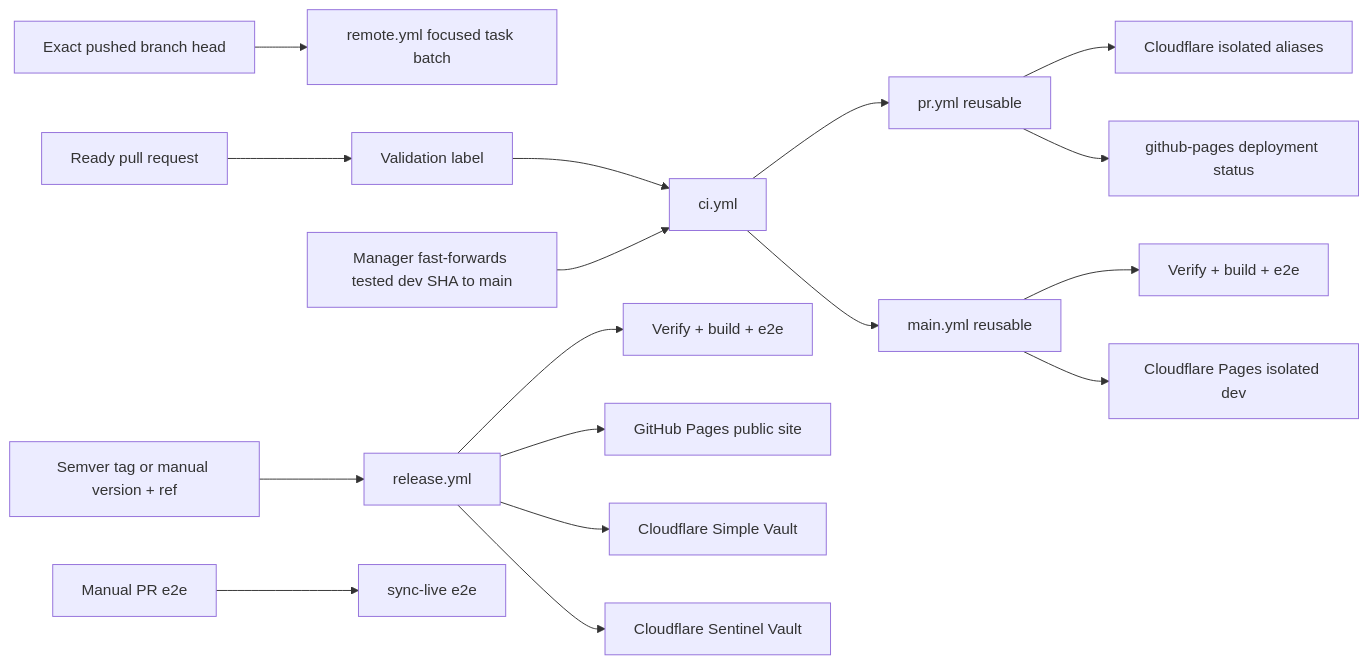
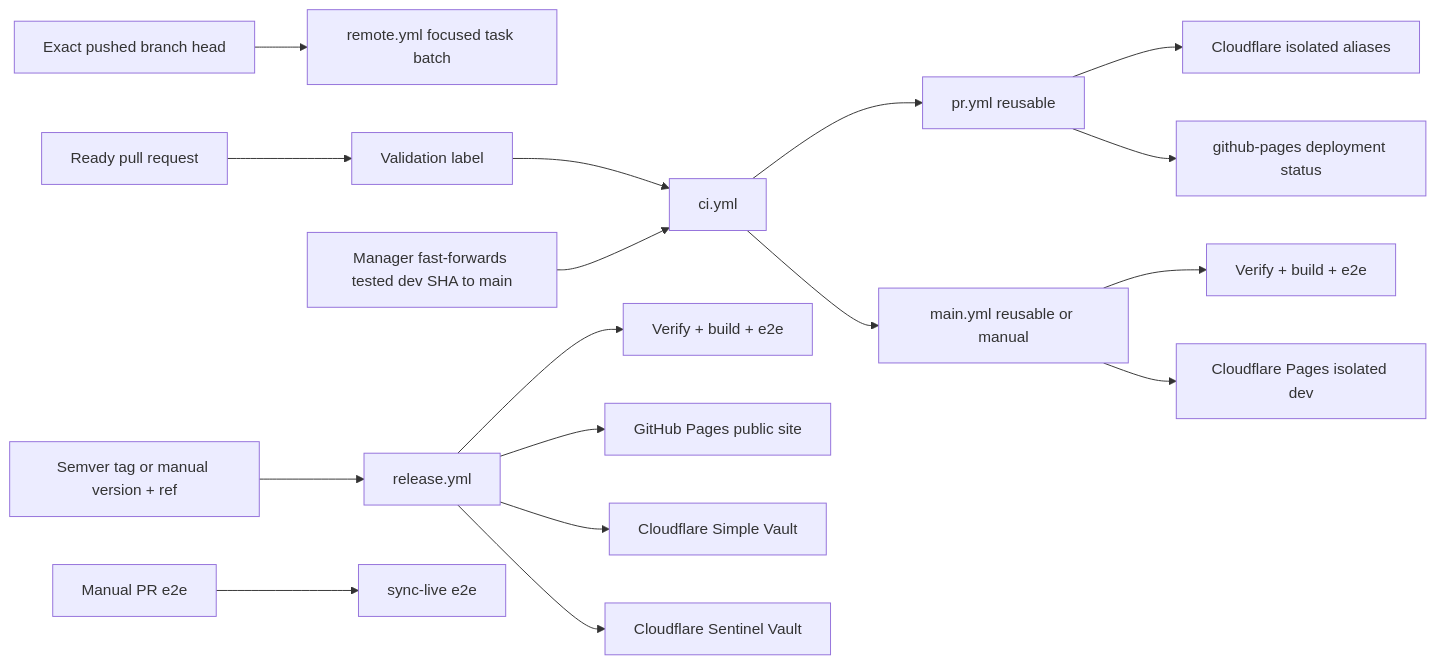
The diagram in .cortex/teams/sre/workflows/ci-pipeline.md (meta-secret/nook), drawn with Mermaid before and after one commit. The commit also changed other lines of this file and 1 other file, not shown here.

Commit message:
Allow manual Main deployment runs (#1598)

````diff
--- a/.cortex/teams/sre/workflows/ci-pipeline.md
+++ b/.cortex/teams/sre/workflows/ci-pipeline.md
@@ -141,22 +146,22 @@
 ```mermaid
 flowchart LR
   branch[Exact pushed branch head] --> remote_yml[remote.yml focused task batch]
   PR[Ready pull request] --> label[Validation label]
   label --> ci_yml[ci.yml]
   ci_yml --> pr_yml[pr.yml reusable]
   pr_yml --> preview[Cloudflare isolated aliases]
   pr_yml --> pr_deployment[github-pages deployment status]
 
   merge[Manager fast-forwards tested dev SHA to main] --> ci_yml
-  ci_yml --> main_yml[main.yml reusable]
+  ci_yml --> main_yml[main.yml reusable or manual]
   main_yml --> main_verify[Verify + build + e2e]
   main_yml --> cf_dev[Cloudflare Pages isolated dev]
   release[Semver tag or manual version + ref] --> release_yml[release.yml]
   release_yml --> release_verify[Verify + build + e2e]
   release_yml --> pages[GitHub Pages public site]
   release_yml --> simple_cf[Cloudflare Simple Vault]
   release_yml --> sentinel_cf[Cloudflare Sentinel Vault]
 
   manual_e2e[Manual PR e2e] --> e2e_live[sync-live e2e]
 
 ```
````
